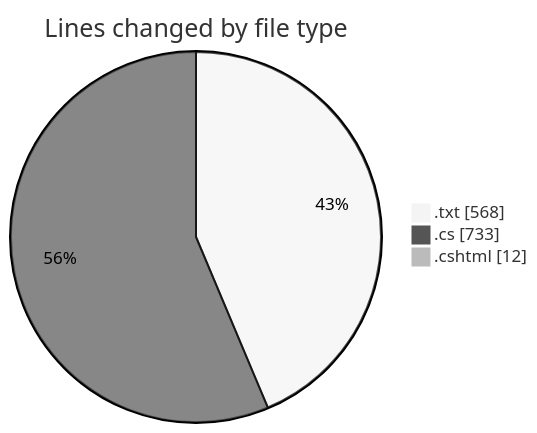
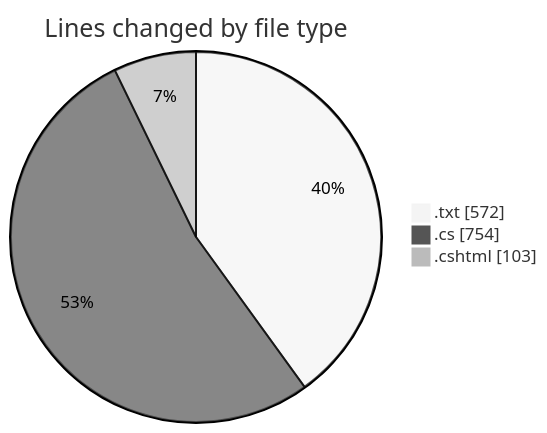
Before and after one commit to lephambinh05/code-tracking: the first of 2 diagrams in 2025-07-26/quanlyrapchieuphim-1/README.md, drawn with Mermaid (neutral theme). The commit also changed other lines of this file and 1 other file, not shown here.

````diff
--- a/2025-07-26/quanlyrapchieuphim-1/README.md
+++ b/2025-07-26/quanlyrapchieuphim-1/README.md
@@ -25,7 +26,7 @@
 ```mermaid
 pie showData
 title Lines changed by file type
-".txt" : 568
-".cs" : 733
-".cshtml" : 12
+".txt" : 572
+".cs" : 754
+".cshtml" : 103
 ```
````
